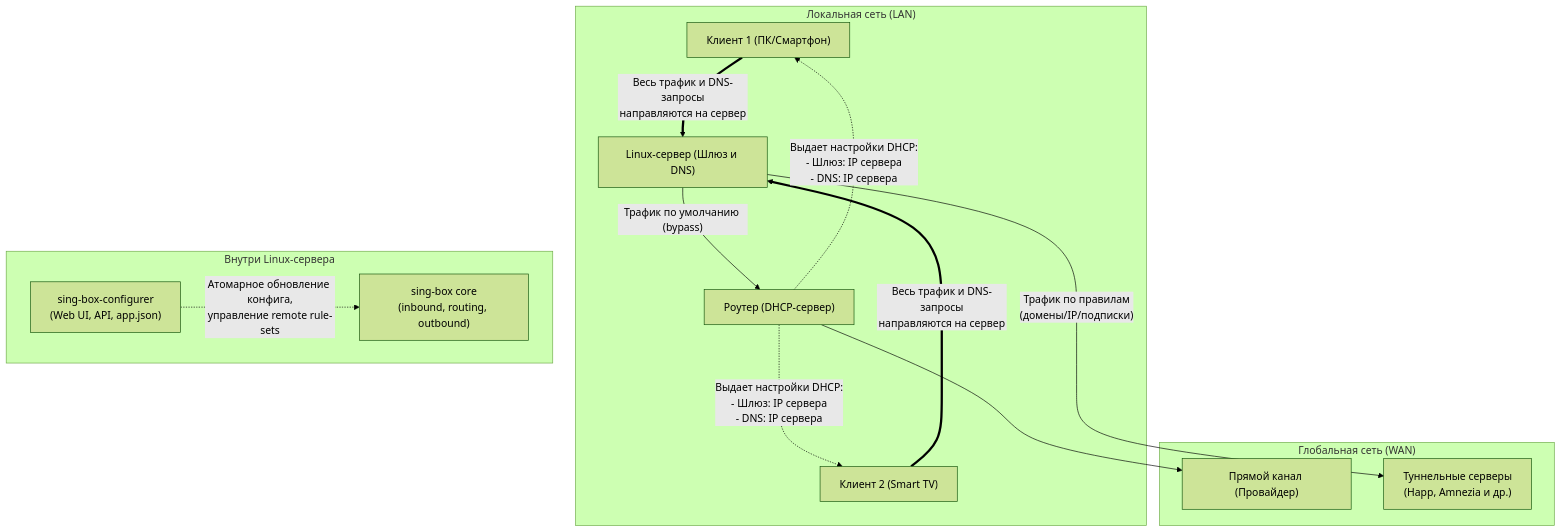
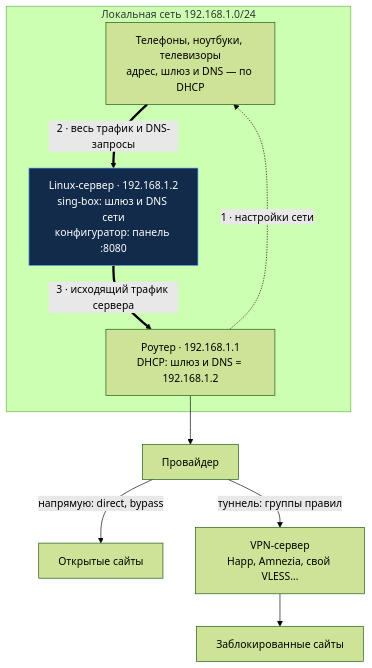
Before and after one commit to lanfix/sing-box-configurer: the first of 2 diagrams in docs/typical-use.md, drawn with Mermaid (forest theme). The commit also changed other lines of this file and 3 other files, not shown here.

````diff
--- a/docs/typical-use.md
+++ b/docs/typical-use.md
@@ -3,33 +13,24 @@
 ```mermaid
-graph TD
-  subgraph LAN ["Локальная сеть (LAN)"]
-    C1["Клиент 1 (ПК/Смартфон)"]
-    C2["Клиент 2 (Smart TV)"]
-    R["Роутер (DHCP-сервер)"]
-    S["Linux-сервер (Шлюз и DNS)"]
+flowchart TB
+    subgraph lan["Локальная сеть 192.168.1.0/24"]
+        clients["Телефоны, ноутбуки, телевизоры<br/>адрес, шлюз и DNS — по DHCP"]
+        server["Linux-сервер · 192.168.1.2<br/>sing-box: шлюз и DNS сети<br/>конфигуратор: панель :8080"]
+        router["Роутер · 192.168.1.1<br/>DHCP: шлюз и DNS = 192.168.1.2"]
+    end
 
-    R -. "Выдает настройки DHCP:\n- Шлюз: IP сервера\n- DNS: IP сервера" .-> C1
-    R -. "Выдает настройки DHCP:\n- Шлюз: IP сервера\n- DNS: IP сервера" .-> C2
+    isp["Провайдер"]
+    sites["Открытые сайты"]
+    vpn["VPN-сервер<br/>Happ, Amnezia, свой VLESS…"]
+    blocked["Заблокированные сайты"]
 
-    C1 ==>|"Весь трафик и DNS-запросы\nнаправляются на сервер"| S
-    C2 ==>|"Весь трафик и DNS-запросы\nнаправляются на сервер"| S
-  end
+    router -. "1 · настройки сети" .-> clients
+    clients == "2 · весь трафик и DNS-запросы" ==> server
+    server == "3 · исходящий трафик сервера" ==> router
+    router --> isp
+    isp -- "напрямую: direct, bypass" --> sites
+    isp -- "туннель: группы правил" --> vpn
+    vpn --> blocked
 
-  subgraph ServerCore ["Внутри Linux-сервера"]
-    CFG["sing-box-configurer\n(Web UI, API, app.json)"]
-    CORE["sing-box core\n(inbound, routing, outbound)"]
-
-    CFG -. "Атомарное обновление конфига,\nуправление remote rule-sets" .-> CORE
-  end
-
-  S ~~~ ServerCore
-
-  subgraph WAN ["Глобальная сеть (WAN)"]
-    ISP["Прямой канал (Провайдер)"]
-    TUN["Туннельные серверы\n(Happ, Amnezia и др.)"]
-  end
-
-  S -- "Трафик по умолчанию (bypass)" --> R
-  R --> ISP
-  S -- "Трафик по правилам\n(домены/IP/подписки)" --> TUN
+    classDef host fill:#132b4a,stroke:#58a6ff,color:#ffffff
+    class server host
 ```
````
